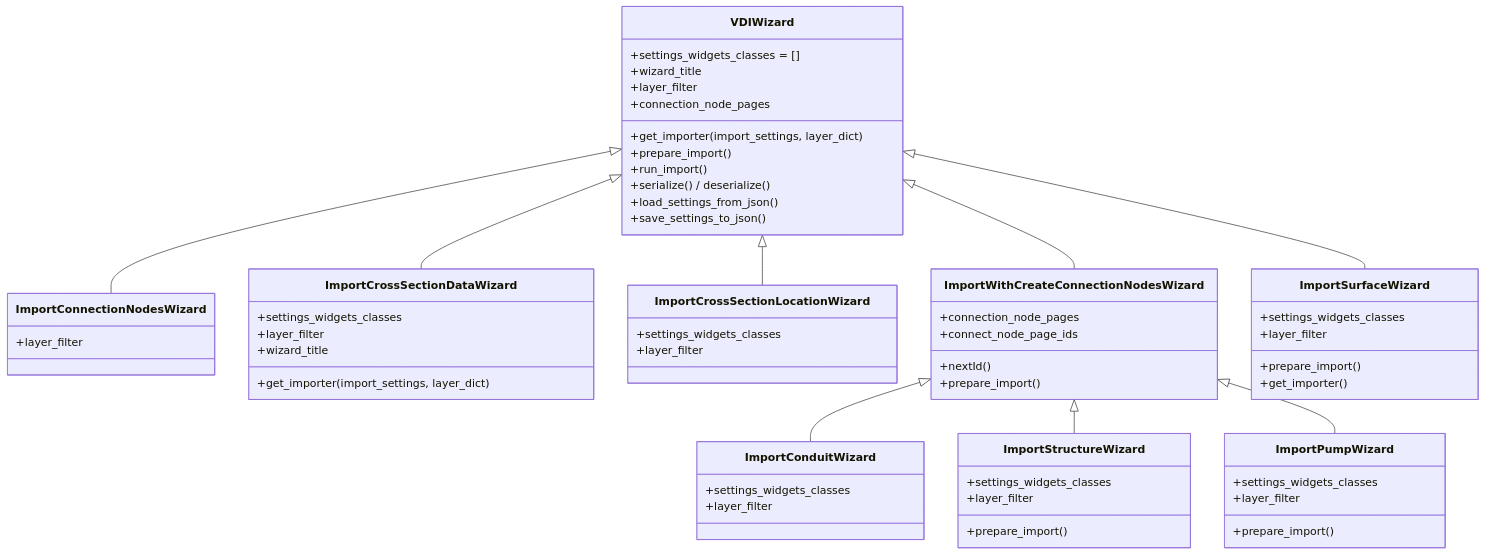
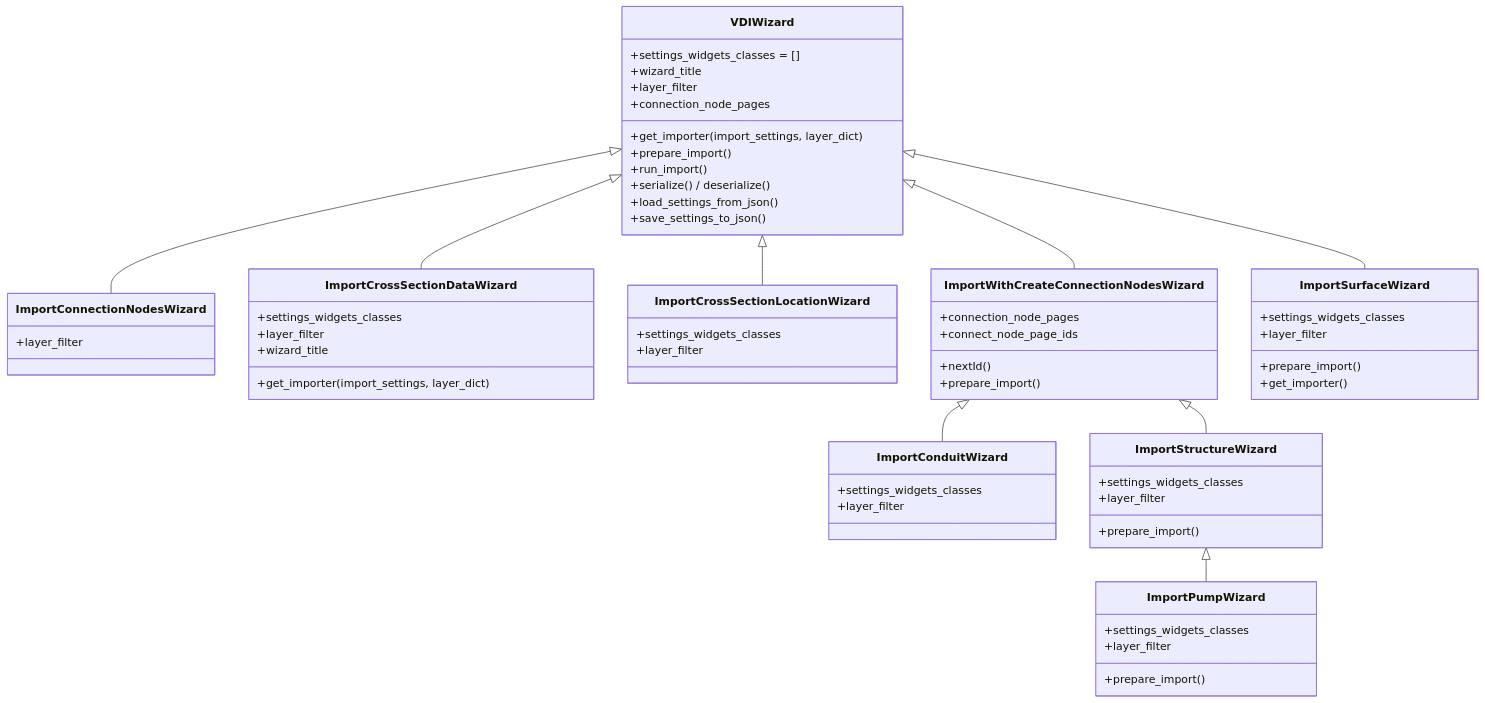
One commit to nens/threedi-schematisation-editor changed the first of 2 diagrams in threedi_schematisation_editor/vector_data_importer/wizard/DESIGN.md. Above: the diagram before and after it, drawn with Mermaid. The commit also changed other lines of this file and 3 other files, not shown here.

````diff
--- a/threedi_schematisation_editor/vector_data_importer/wizard/DESIGN.md
+++ b/threedi_schematisation_editor/vector_data_importer/wizard/DESIGN.md
@@ -26,72 +26,72 @@
 ```mermaid
 classDiagram
     VDIWizard <|-- ImportConnectionNodesWizard
     VDIWizard <|-- ImportCrossSectionDataWizard
     VDIWizard <|-- ImportCrossSectionLocationWizard
     VDIWizard <|-- ImportWithCreateConnectionNodesWizard
     ImportWithCreateConnectionNodesWizard <|-- ImportConduitWizard
     ImportWithCreateConnectionNodesWizard <|-- ImportStructureWizard
-    ImportWithCreateConnectionNodesWizard <|-- ImportPumpWizard
+    ImportStructureWizard <|-- ImportPumpWizard
     VDIWizard <|-- ImportSurfaceWizard
     
     class VDIWizard {
         +settings_widgets_classes = []
         +wizard_title
         +layer_filter
         +connection_node_pages
         +get_importer(import_settings, layer_dict)
         +prepare_import()
         +run_import()
         +serialize() / deserialize()
         +load_settings_from_json()
         +save_settings_to_json()
     }
     
     class ImportConnectionNodesWizard {
         +layer_filter
     }    
 
     class ImportCrossSectionDataWizard {
         +settings_widgets_classes
         +layer_filter
         +get_importer(import_settings, layer_dict)
         +wizard_title
     }
 
     class ImportCrossSectionLocationWizard {
         +settings_widgets_classes
         +layer_filter
     }
     
     class ImportWithCreateConnectionNodesWizard {
         +connection_node_pages
         +connect_node_page_ids
         +nextId()
         +prepare_import()
         }
 
     class ImportConduitWizard { 
         +settings_widgets_classes
         +layer_filter
     }
 
     class ImportStructureWizard { 
         +settings_widgets_classes
         +layer_filter
         +prepare_import()
     }
 
     class ImportPumpWizard {
         +settings_widgets_classes
         +layer_filter
         +prepare_import()
     }
 
     class ImportSurfaceWizard {
         +settings_widgets_classes
         +layer_filter
         +prepare_import()
         +get_importer()
     }
 
 ```
````
